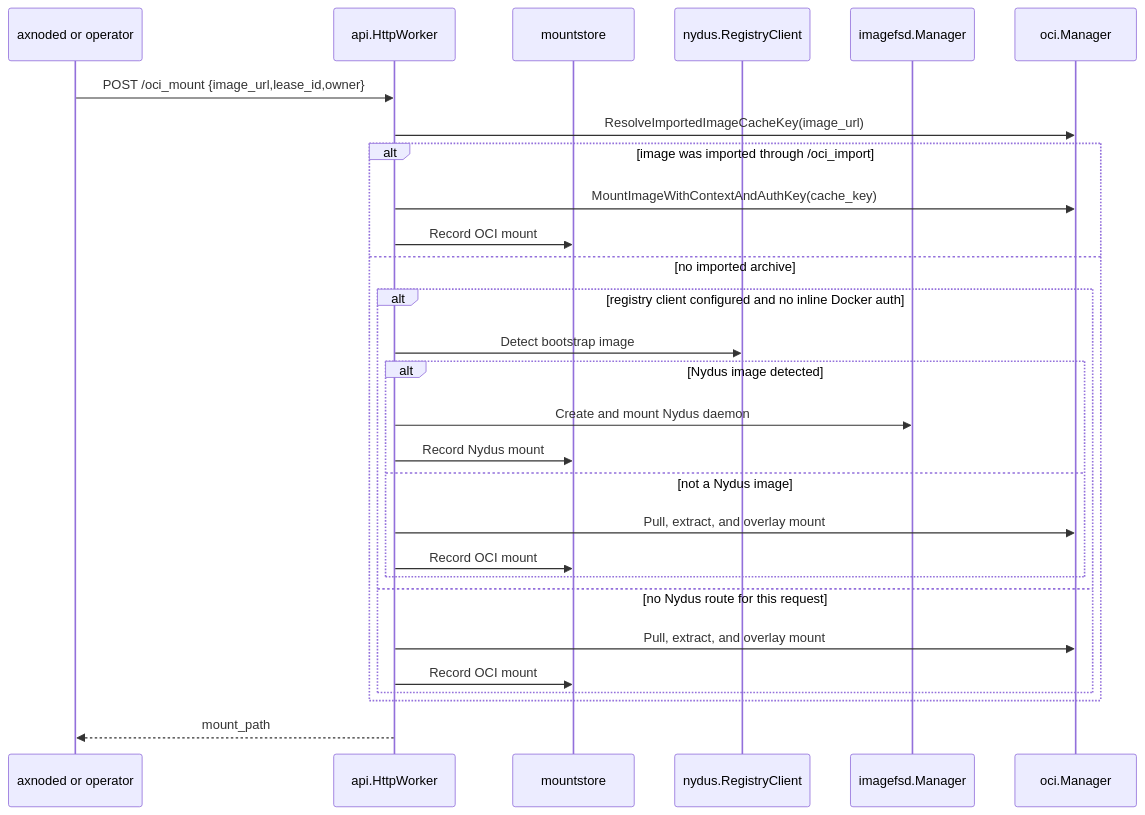
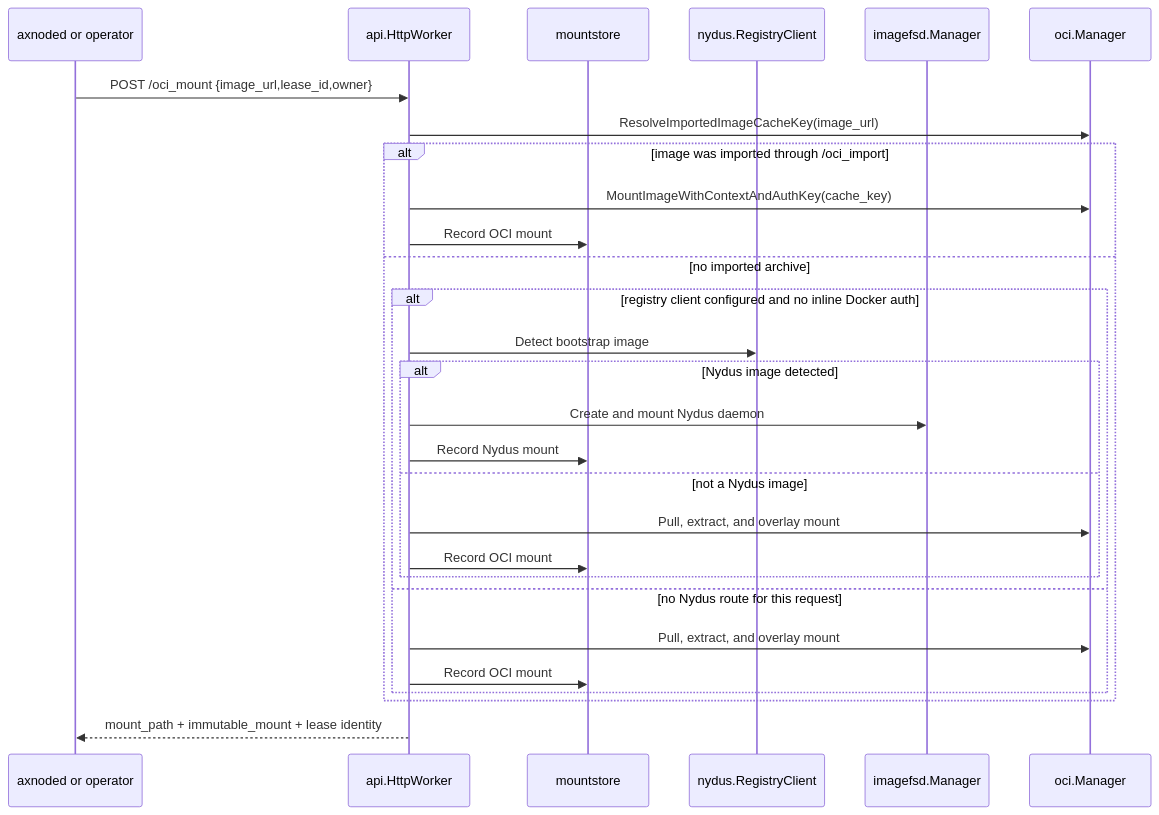
One commit to cofy-x/axern changed the second of 3 diagrams in runtime/imagemgr/docs/architecture.md. Above: the diagram before and after it, drawn with Mermaid. The commit also changed other lines of this file and 348 other files, not shown here.

````diff
--- a/runtime/imagemgr/docs/architecture.md
+++ b/runtime/imagemgr/docs/architecture.md
@@ -46,31 +46,31 @@
 ```mermaid
 sequenceDiagram
     participant Client as axnoded or operator
     participant API as api.HttpWorker
     participant Store as mountstore
     participant Nydus as nydus.RegistryClient
     participant IFSD as imagefsd.Manager
     participant OCI as oci.Manager
 
     Client->>API: POST /oci_mount {image_url,lease_id,owner}
     API->>OCI: ResolveImportedImageCacheKey(image_url)
     alt image was imported through /oci_import
         API->>OCI: MountImageWithContextAndAuthKey(cache_key)
         API->>Store: Record OCI mount
     else no imported archive
         alt registry client configured and no inline Docker auth
             API->>Nydus: Detect bootstrap image
             alt Nydus image detected
                 API->>IFSD: Create and mount Nydus daemon
                 API->>Store: Record Nydus mount
             else not a Nydus image
                 API->>OCI: Pull, extract, and overlay mount
                 API->>Store: Record OCI mount
             end
         else no Nydus route for this request
             API->>OCI: Pull, extract, and overlay mount
             API->>Store: Record OCI mount
         end
     end
-    API-->>Client: mount_path
+    API-->>Client: mount_path + immutable_mount + lease identity
 ```
````
